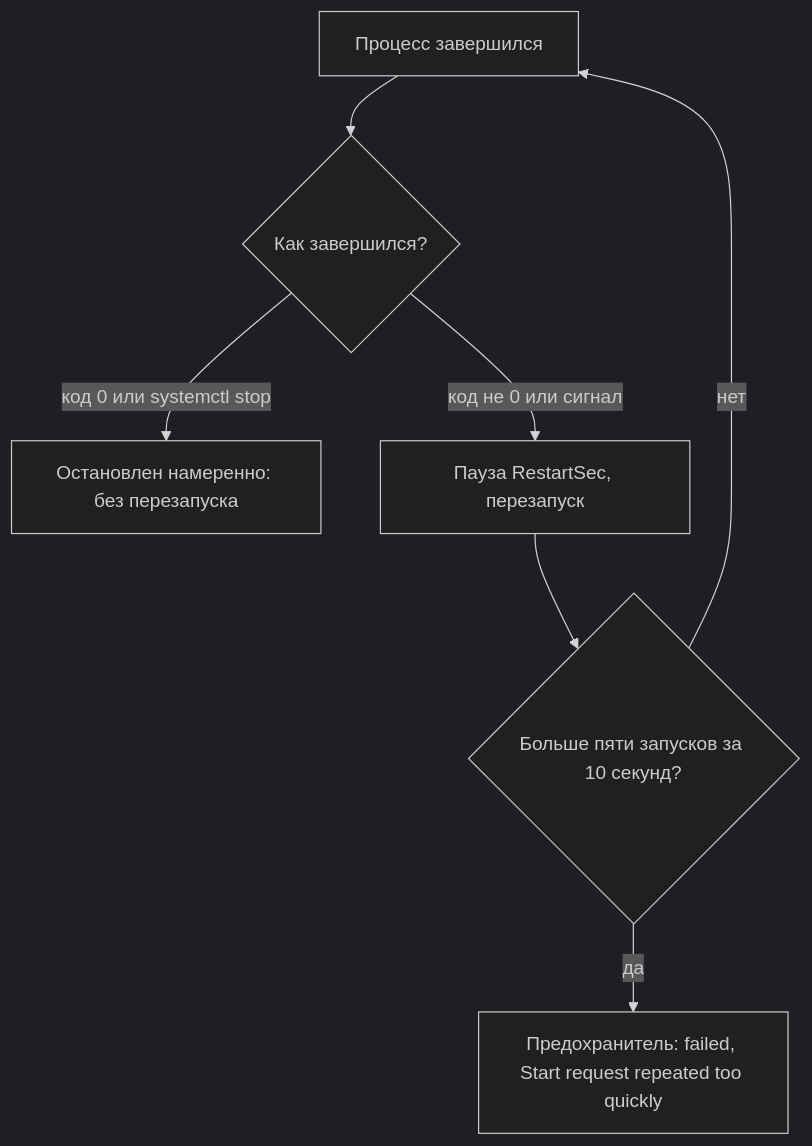
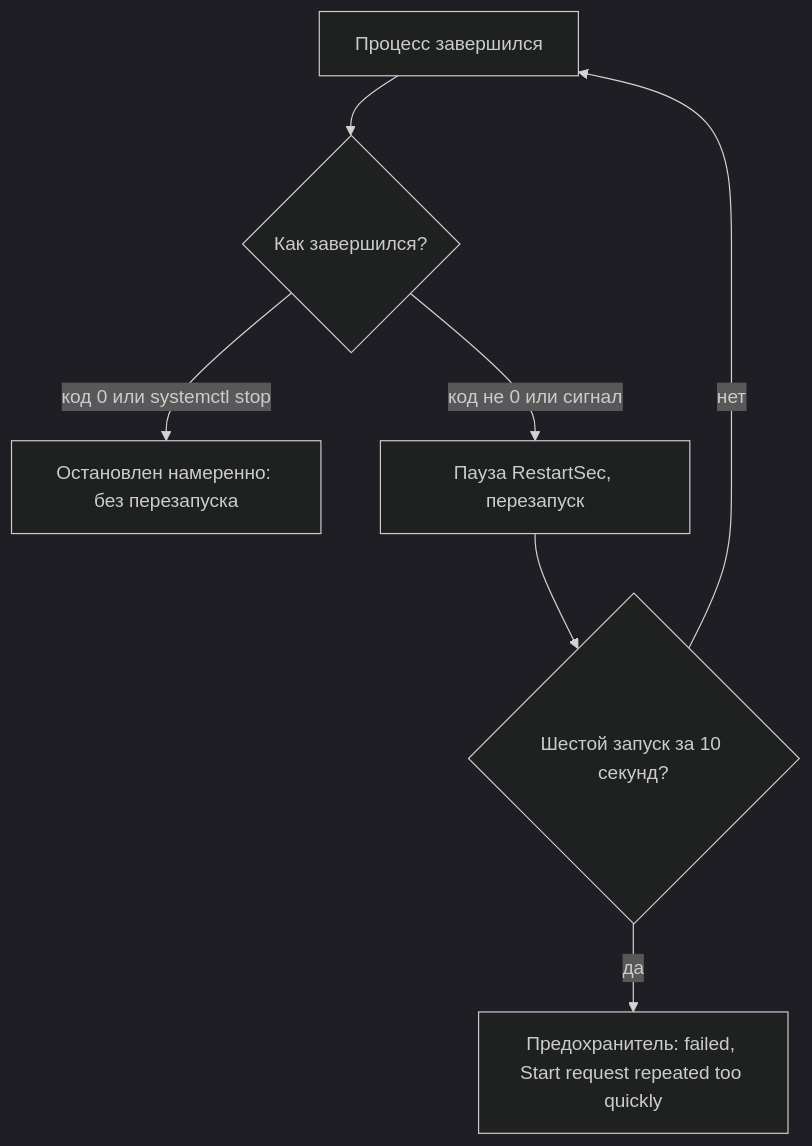
The second of 3 diagrams in devops/01-linux/08-systemd-editors.md (distinguished-sre/learning), drawn with Mermaid (dark theme) before and after one commit. The commit also changed other lines of this file and 462 other files, not shown here.

````diff
--- a/devops/01-linux/08-systemd-editors.md
+++ b/devops/01-linux/08-systemd-editors.md
@@ -344,9 +345,9 @@
 ```mermaid
 flowchart TD
     A["Процесс завершился"] --> B{"Как завершился?"}
     B -->|"код 0 или systemctl stop"| C["Остановлен намеренно: без перезапуска"]
     B -->|"код не 0 или сигнал"| D["Пауза RestartSec, перезапуск"]
-    D --> E{"Больше пяти запусков за 10 секунд?"}
+    D --> E{"Шестой запуск за 10 секунд?"}
     E -->|"нет"| A
     E -->|"да"| F["Предохранитель: failed, Start request repeated too quickly"]
 ```
````
